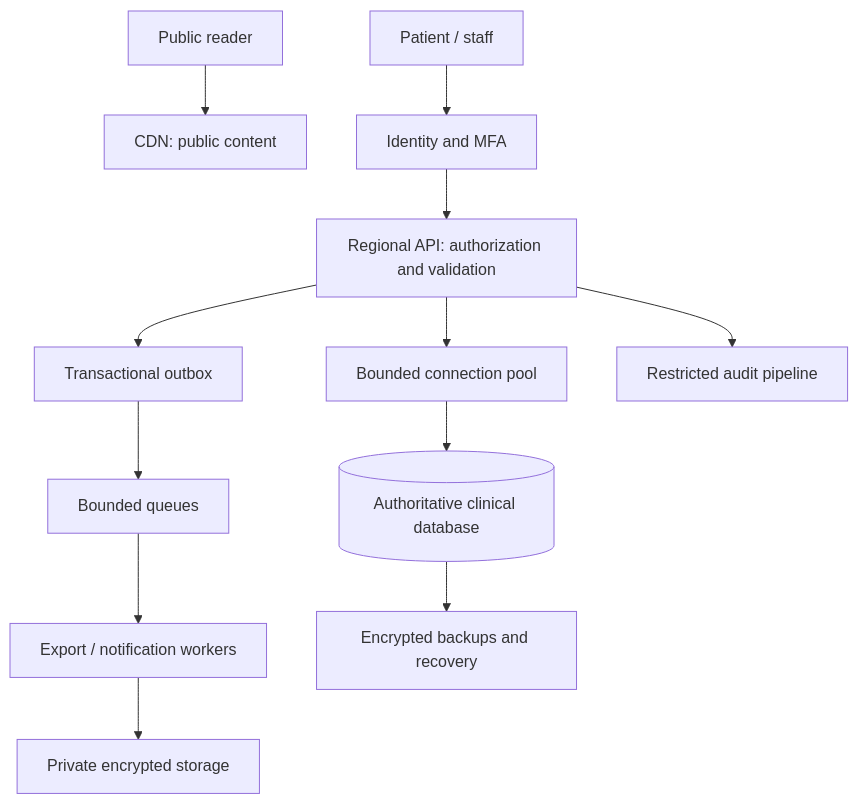
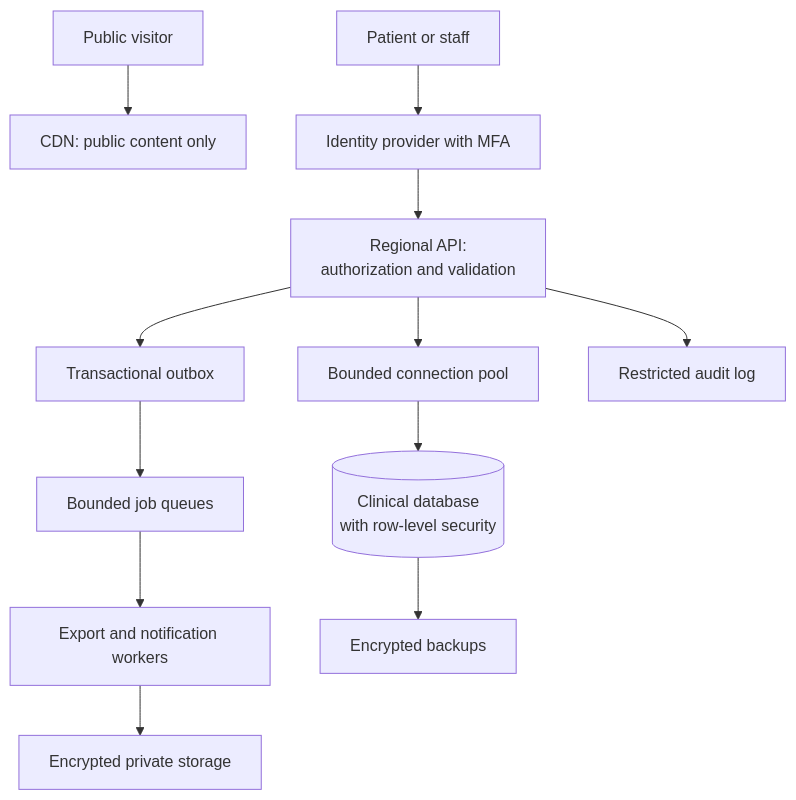
The second of 2 diagrams in docs/ARCHITECTURE.md (Zahidulislam2222/dental-clinic), drawn with Mermaid before and after one commit. The commit also changed other lines of this file and 55 other files, not shown here.

````diff
--- a/docs/ARCHITECTURE.md
+++ b/docs/ARCHITECTURE.md
@@ -9,14 +28,14 @@
 ```mermaid
 flowchart TD
-    Public[Public reader] --> CDN[CDN: public content]
-    User[Patient / staff] --> Identity[Identity and MFA]
-    Identity --> API[Regional API: authorization and validation]
+    Public[Public visitor] --> CDN[CDN: public content only]
+    User[Patient or staff] --> Identity[Identity provider with MFA]
+    Identity --> API[Regional API:<br/>authorization and validation]
     API --> Pool[Bounded connection pool]
-    Pool --> DB[(Authoritative clinical database)]
+    Pool --> DB[(Clinical database<br/>with row-level security)]
     API --> Outbox[Transactional outbox]
-    Outbox --> Queue[Bounded queues]
-    Queue --> Workers[Export / notification workers]
-    Workers --> Storage[Private encrypted storage]
-    API --> Audit[Restricted audit pipeline]
-    DB --> Backup[Encrypted backups and recovery]
+    Outbox --> Queue[Bounded job queues]
+    Queue --> Workers[Export and notification workers]
+    Workers --> Storage[Encrypted private storage]
+    API --> Audit[Restricted audit log]
+    DB --> Backup[Encrypted backups]
 ```
````
